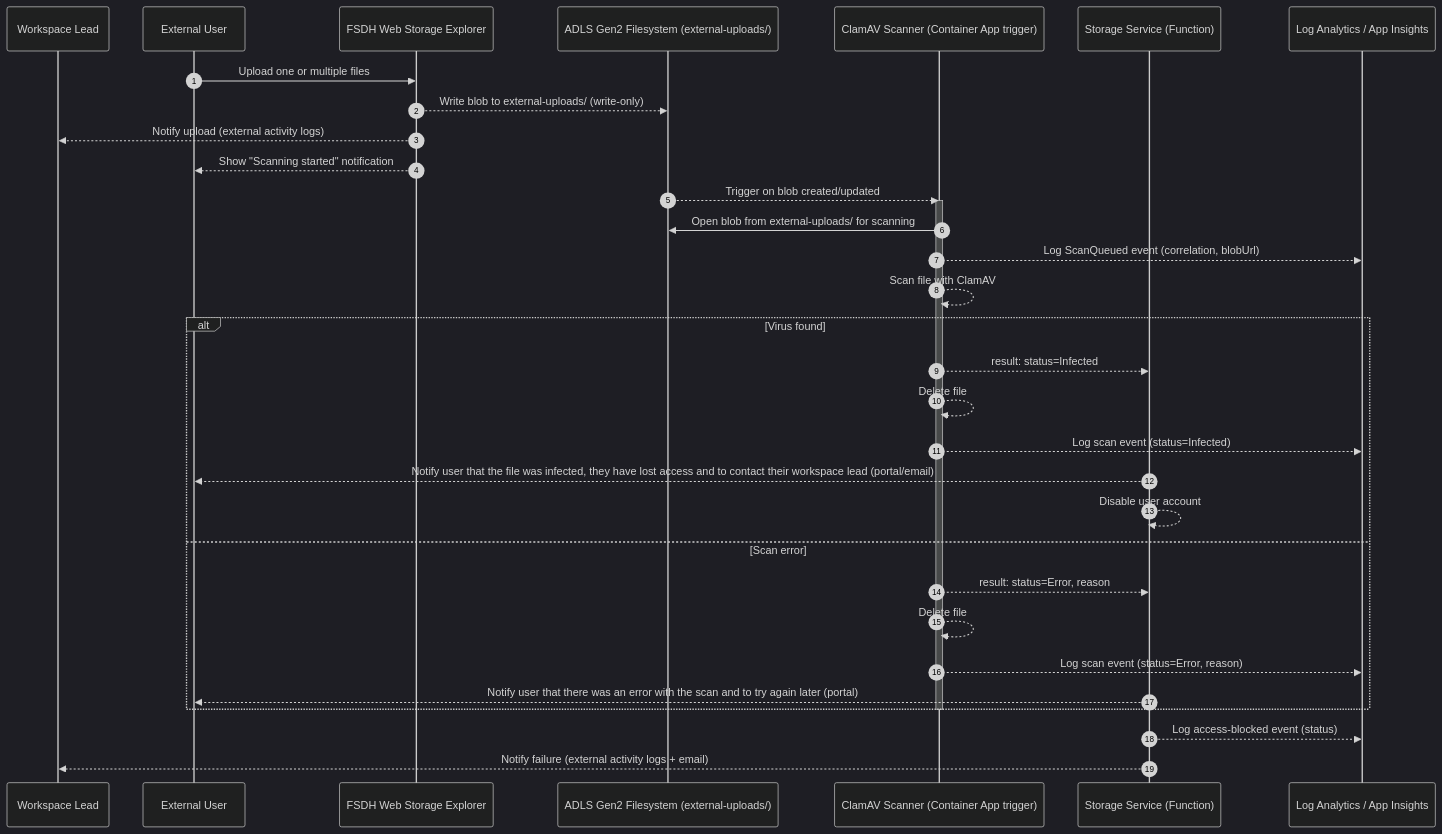
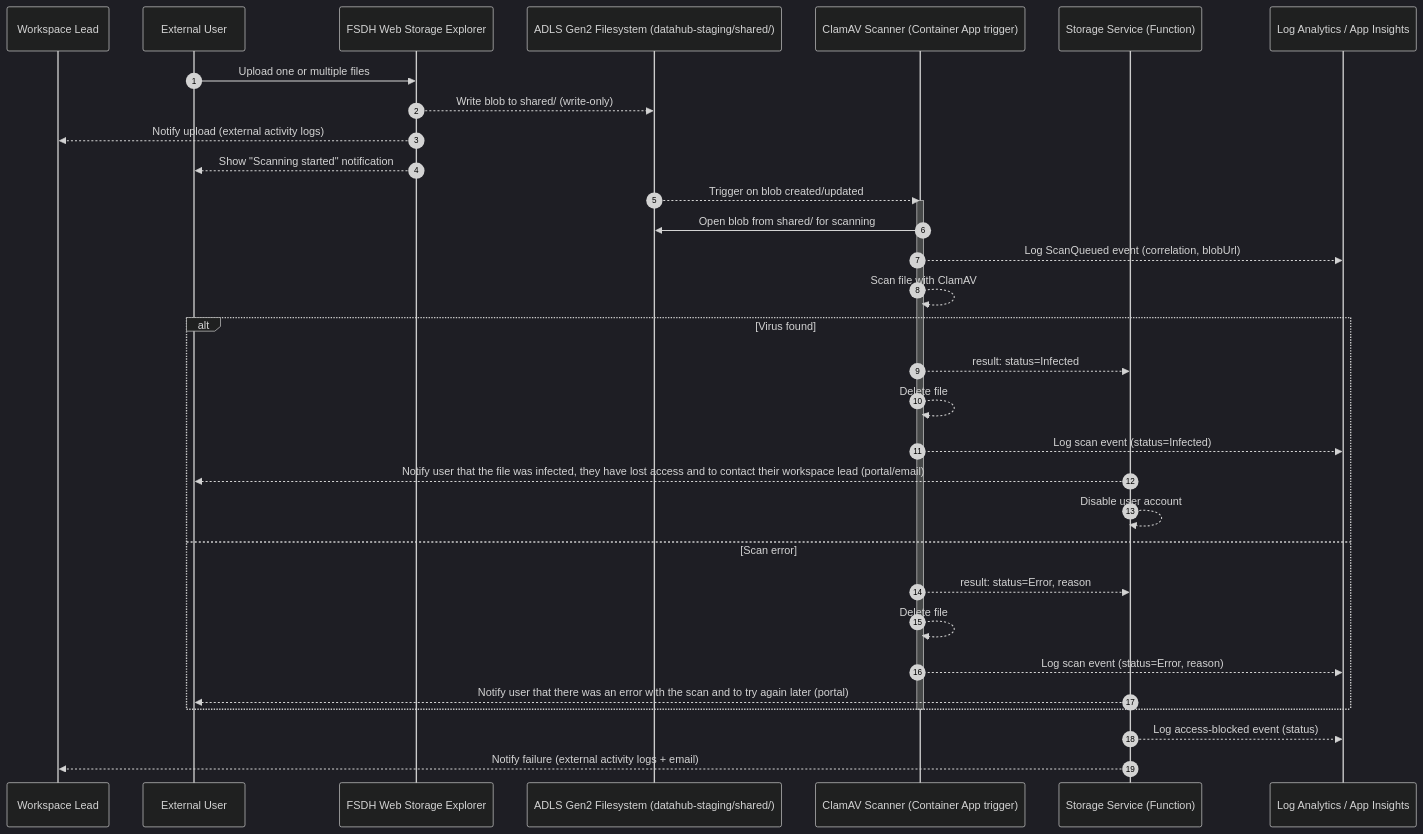
Before and after one commit to ssc-sp/datahub-docs: the third of 4 diagrams in DeveloperGuide/ClamAV/clamav-ACLs.md, drawn with Mermaid (dark theme). The commit also changed other lines of this file and 9 other files, not shown here.

````diff
--- a/DeveloperGuide/ClamAV/clamav-ACLs.md
+++ b/DeveloperGuide/ClamAV/clamav-ACLs.md
@@ -108,36 +108,36 @@
 ```mermaid
 sequenceDiagram
 autonumber
 participant WL as Workspace Lead
 participant U as External User
 participant UC as FSDH Web Storage Explorer
-participant FS as ADLS Gen2 Filesystem (external-uploads/)
+participant FS as ADLS Gen2 Filesystem (datahub-staging/shared/)
 participant AV as ClamAV Scanner (Container App trigger)
 participant AS as Storage Service (Function)
 participant L as Log Analytics / App Insights
 
 U->>UC: Upload one or multiple files
-UC-->>FS: Write blob to external-uploads/ (write-only)
+UC-->>FS: Write blob to shared/ (write-only)
 UC-->>WL: Notify upload (external activity logs)
 UC-->>U: Show "Scanning started" notification
 FS-->>AV: Trigger on blob created/updated
 activate AV
-AV->>FS: Open blob from external-uploads/ for scanning
+AV->>FS: Open blob from shared/ for scanning
 AV-->>L: Log ScanQueued event (correlation, blobUrl)
 AV-->>AV: Scan file with ClamAV
 alt Virus found
   AV-->>AS: result: status=Infected
   AV-->>AV: Delete file
   AV-->>L: Log scan event (status=Infected)
   AS-->>U: Notify user that the file was infected, they have lost access and to contact their workspace lead (portal/email)
   AS-->>AS: Disable user account
 else Scan error
   AV-->>AS: result: status=Error, reason
   AV-->>AV: Delete file
   AV-->>L: Log scan event (status=Error, reason)    
   AS-->>U: Notify user that there was an error with the scan and to try again later (portal)
 end
 deactivate AV
 AS-->>L: Log access-blocked event (status)
 AS-->>WL: Notify failure (external activity logs + email)
 ```
````
